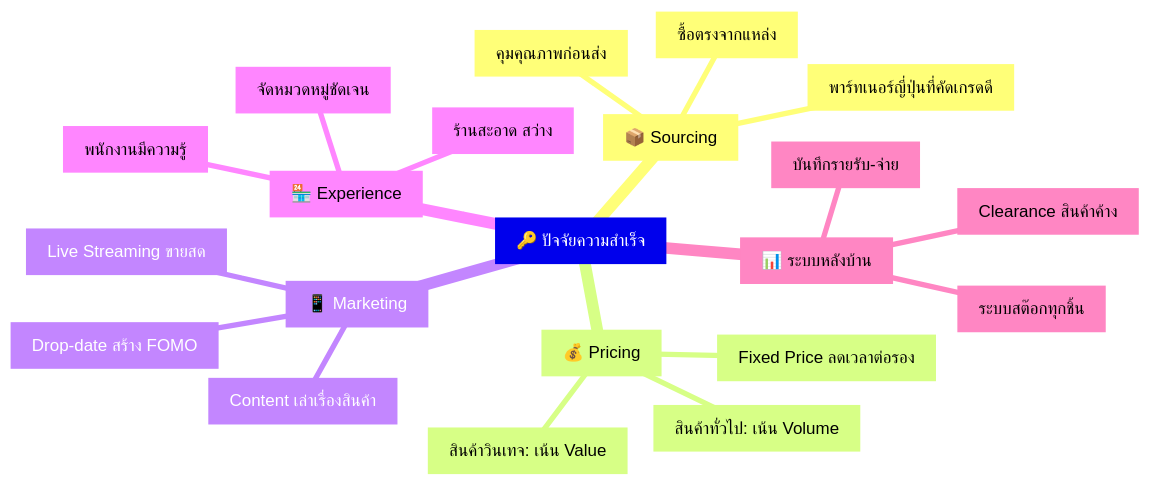
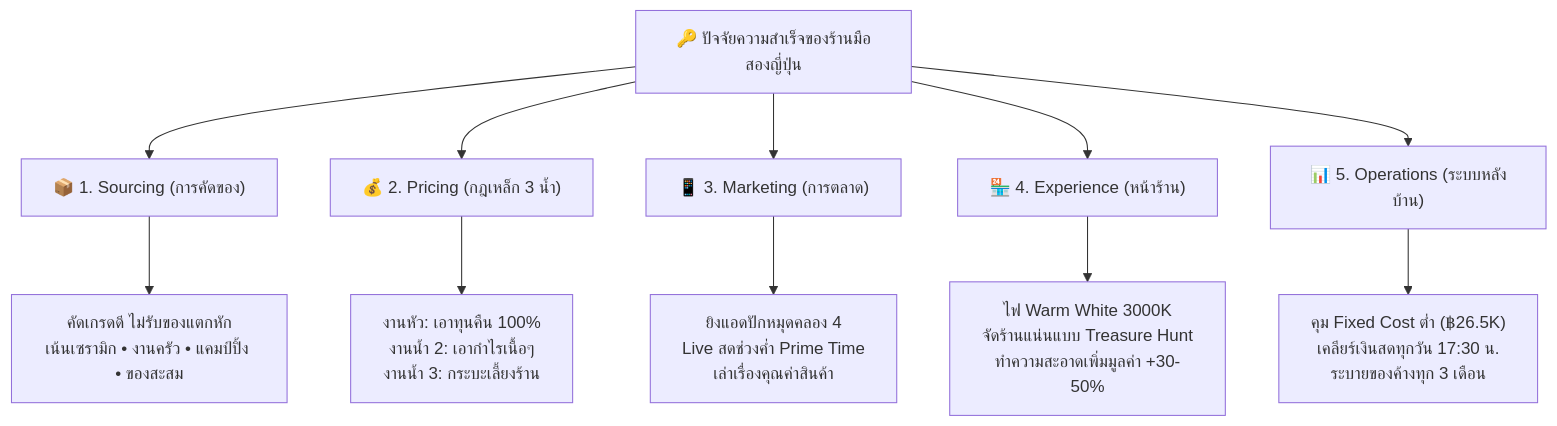
Before and after one commit to temsiripuns100/goods-japan-business-plan: diagram 12 of 12 in README.md, drawn with Mermaid. The commit also changed other lines of this file, not shown here.

````diff
--- a/README.md
+++ b/README.md
@@ -994,24 +998,14 @@
 ```mermaid
-mindmap
-  root["🔑 ปัจจัยความสำเร็จ"]
-    ["📦 Sourcing"]
-      ["ซื้อตรงจากแหล่ง"]
-      ["พาร์ทเนอร์ญี่ปุ่นที่คัดเกรดดี"]
-      ["คุมคุณภาพก่อนส่ง"]
-    ["💰 Pricing"]
-      ["สินค้าทั่วไป: เน้น Volume"]
-      ["สินค้าวินเทจ: เน้น Value"]
-      ["Fixed Price ลดเวลาต่อรอง"]
-    ["📱 Marketing"]
-      ["Live Streaming ขายสด"]
-      ["Drop-date สร้าง FOMO"]
-      ["Content เล่าเรื่องสินค้า"]
-    ["🏪 Experience"]
-      ["ร้านสะอาด สว่าง"]
-      ["จัดหมวดหมู่ชัดเจน"]
-      ["พนักงานมีความรู้"]
-    ["📊 ระบบหลังบ้าน"]
-      ["ระบบสต๊อกทุกชิ้น"]
-      ["Clearance สินค้าค้าง"]
-      ["บันทึกรายรับ-จ่าย"]
+flowchart TD
+    ROOT["🔑 ปัจจัยความสำเร็จของร้านมือสองญี่ปุ่น"] --> S1["📦 1. Sourcing (การคัดของ)"]
+    ROOT --> S2["💰 2. Pricing (กฎเหล็ก 3 น้ำ)"]
+    ROOT --> S3["📱 3. Marketing (การตลาด)"]
+    ROOT --> S4["🏪 4. Experience (หน้าร้าน)"]
+    ROOT --> S5["📊 5. Operations (ระบบหลังบ้าน)"]
+
+    S1 --> S1A["คัดเกรดดี ไม่รับของแตกหัก<br/>เน้นเซรามิก • งานครัว • แคมป์ปิ้ง • ของสะสม"]
+    S2 --> S2A["งานหัว: เอาทุนคืน 100%<br/>งานน้ำ 2: เอากำไรเนื้อๆ<br/>งานน้ำ 3: กระบะเลี้ยงร้าน"]
+    S3 --> S3A["ยิงแอดปักหมุดคลอง 4<br/>Live สดช่วงค่ำ Prime Time<br/>เล่าเรื่องคุณค่าสินค้า"]
+    S4 --> S4A["ไฟ Warm White 3000K<br/>จัดร้านแน่นแบบ Treasure Hunt<br/>ทำความสะอาดเพิ่มมูลค่า +30-50%"]
+    S5 --> S5A["คุม Fixed Cost ต่ำ (฿26.5K)<br/>เคลียร์เงินสดทุกวัน 17:30 น.<br/>ระบายของค้างทุก 3 เดือน"]
 ```
````
